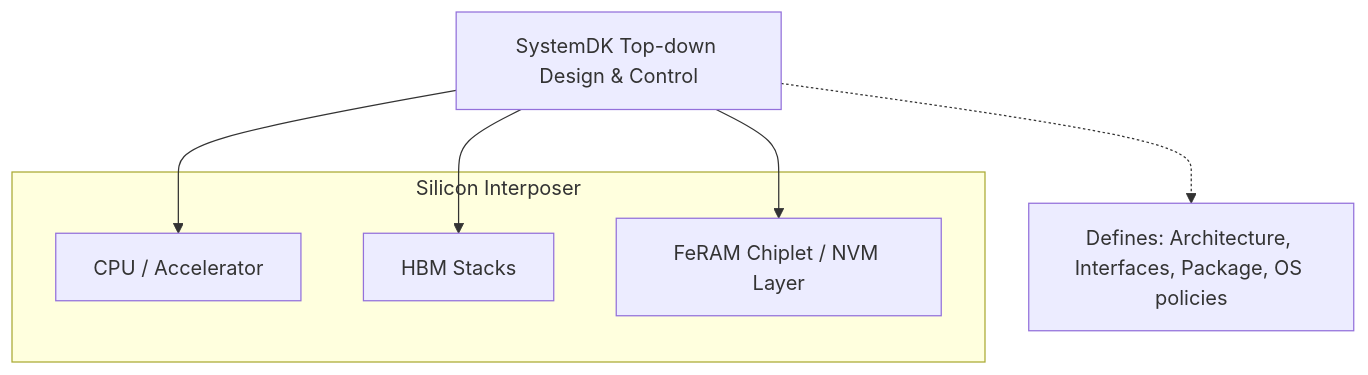
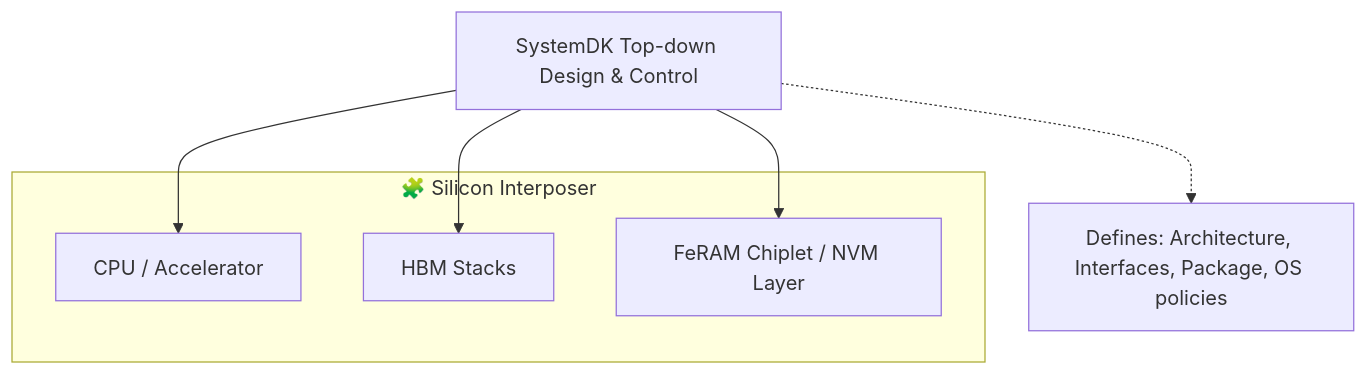
The second of 2 diagrams in d_chapter1_memory_technologies/hbm_feram.md (Samizo-AITL/Edusemi-v4x), drawn with Mermaid before and after one commit. The commit also changed other lines of this file, not shown here.

````diff
--- a/d_chapter1_memory_technologies/hbm_feram.md
+++ b/d_chapter1_memory_technologies/hbm_feram.md
@@ -143,17 +111,17 @@
 ```mermaid
 flowchart TB
-    subgraph Interposer["Silicon Interposer"]
+    subgraph Interposer["🧩 Silicon Interposer"]
         CPU["CPU / Accelerator"]
         HBM["HBM Stacks"]
         FeRAM["FeRAM Chiplet / NVM Layer"]
     end
 
     SystemDK["SystemDK Top-down Design & Control"]
 
     SystemDK --> CPU
     SystemDK --> HBM
     SystemDK --> FeRAM
 
     note1["Defines: Architecture, Interfaces, Package, OS policies"]
     SystemDK -.-> note1
 ```
````
